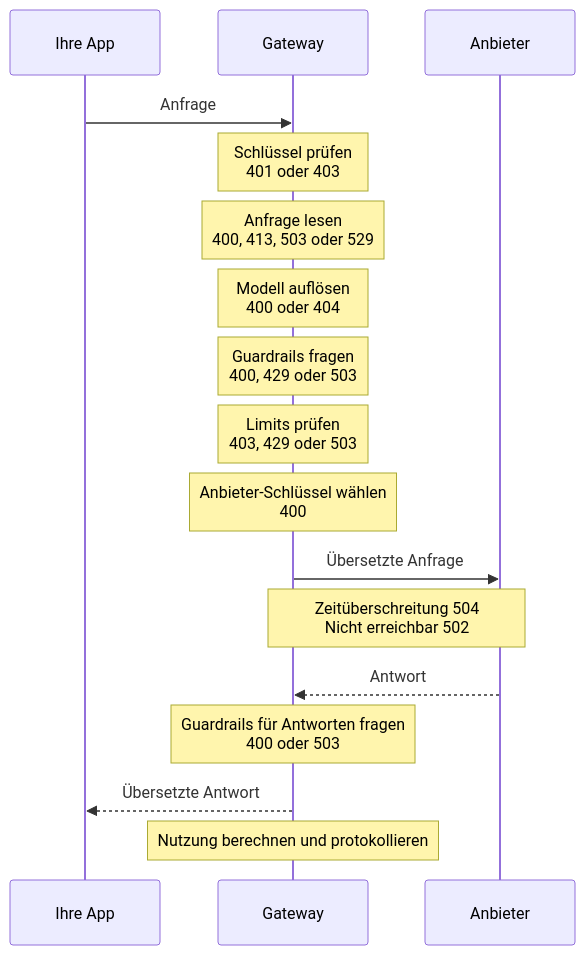
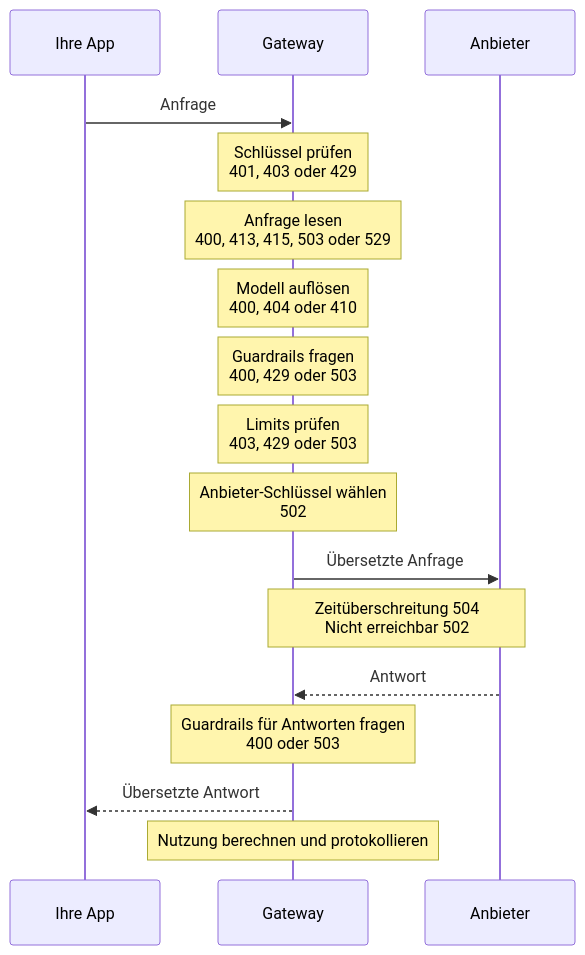
The diagram in apps/docs/content/de/concepts/request-flow.md (logicplanes/kaeso), drawn with Mermaid before and after one commit. The commit also changed other lines of this file and 159 other files, not shown here.

````diff
--- a/apps/docs/content/de/concepts/request-flow.md
+++ b/apps/docs/content/de/concepts/request-flow.md
@@ -9,21 +9,21 @@
 ```mermaid
 sequenceDiagram
   accTitle: Ablauf einer Anfrage
   accDescr: Die App sendet eine Anfrage an das Gateway. Das Gateway prüft den Schlüssel, liest die Anfrage, löst das Modell auf, fragt die Guardrails des Projekts, prüft die Limits und wählt den Anbieter-Schlüssel; jede Prüfung kann die Anfrage mit den gezeigten Status ablehnen. Es sendet die übersetzte Anfrage an den Anbieter, fragt die Guardrails, die Antworten prüfen, gibt die übersetzte Antwort an die App zurück und berechnet dann die Nutzung und protokolliert die Anfrage.
   participant App as Ihre App
   participant Gateway
   participant Provider as Anbieter
   App->>Gateway: Anfrage
-  Note over Gateway: Schlüssel prüfen<br>401 oder 403
-  Note over Gateway: Anfrage lesen<br>400, 413, 503 oder 529
-  Note over Gateway: Modell auflösen<br>400 oder 404
+  Note over Gateway: Schlüssel prüfen<br>401, 403 oder 429
+  Note over Gateway: Anfrage lesen<br>400, 413, 415, 503 oder 529
+  Note over Gateway: Modell auflösen<br>400, 404 oder 410
   Note over Gateway: Guardrails fragen<br>400, 429 oder 503
   Note over Gateway: Limits prüfen<br>403, 429 oder 503
-  Note over Gateway: Anbieter-Schlüssel wählen<br>400
+  Note over Gateway: Anbieter-Schlüssel wählen<br>502
   Gateway->>Provider: Übersetzte Anfrage
   Note over Gateway,Provider: Zeitüberschreitung 504<br>Nicht erreichbar 502
   Provider-->>Gateway: Antwort
   Note over Gateway: Guardrails für Antworten fragen<br>400 oder 503
   Gateway-->>App: Übersetzte Antwort
   Note over Gateway: Nutzung berechnen und protokollieren
 ```
````
